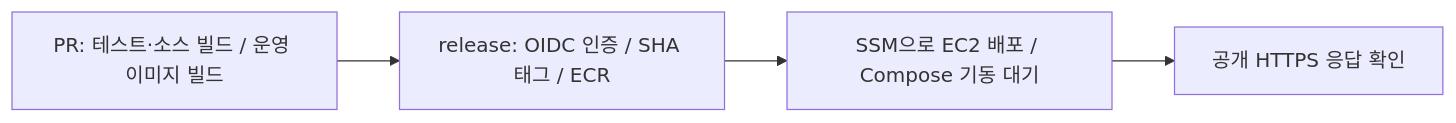
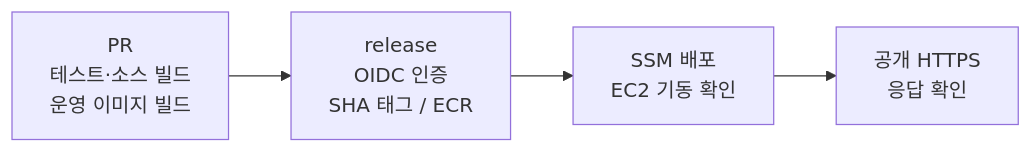
Before and after one commit to yuyeol3/backend-portfolio: the third of 4 diagrams in README.md, drawn with Mermaid. The commit also changed other lines of this file, not shown here.

Commit message:
docs: improve diagram line breaks

````diff
--- a/README.md
+++ b/README.md
@@ -117,6 +117,6 @@
 ```mermaid
 flowchart LR
-    A["PR: 테스트·소스 빌드 / 운영 이미지 빌드"] --> B["release: OIDC 인증 / SHA 태그 / ECR"]
-    B --> C["SSM으로 EC2 배포 / Compose 기동 대기"]
-    C --> D["공개 HTTPS 응답 확인"]
+    A["PR<br/>테스트·소스 빌드<br/>운영 이미지 빌드"] --> B["release<br/>OIDC 인증<br/>SHA 태그 / ECR"]
+    B --> C["SSM 배포<br/>EC2 기동 확인"]
+    C --> D["공개 HTTPS<br/>응답 확인"]
 ```
````
